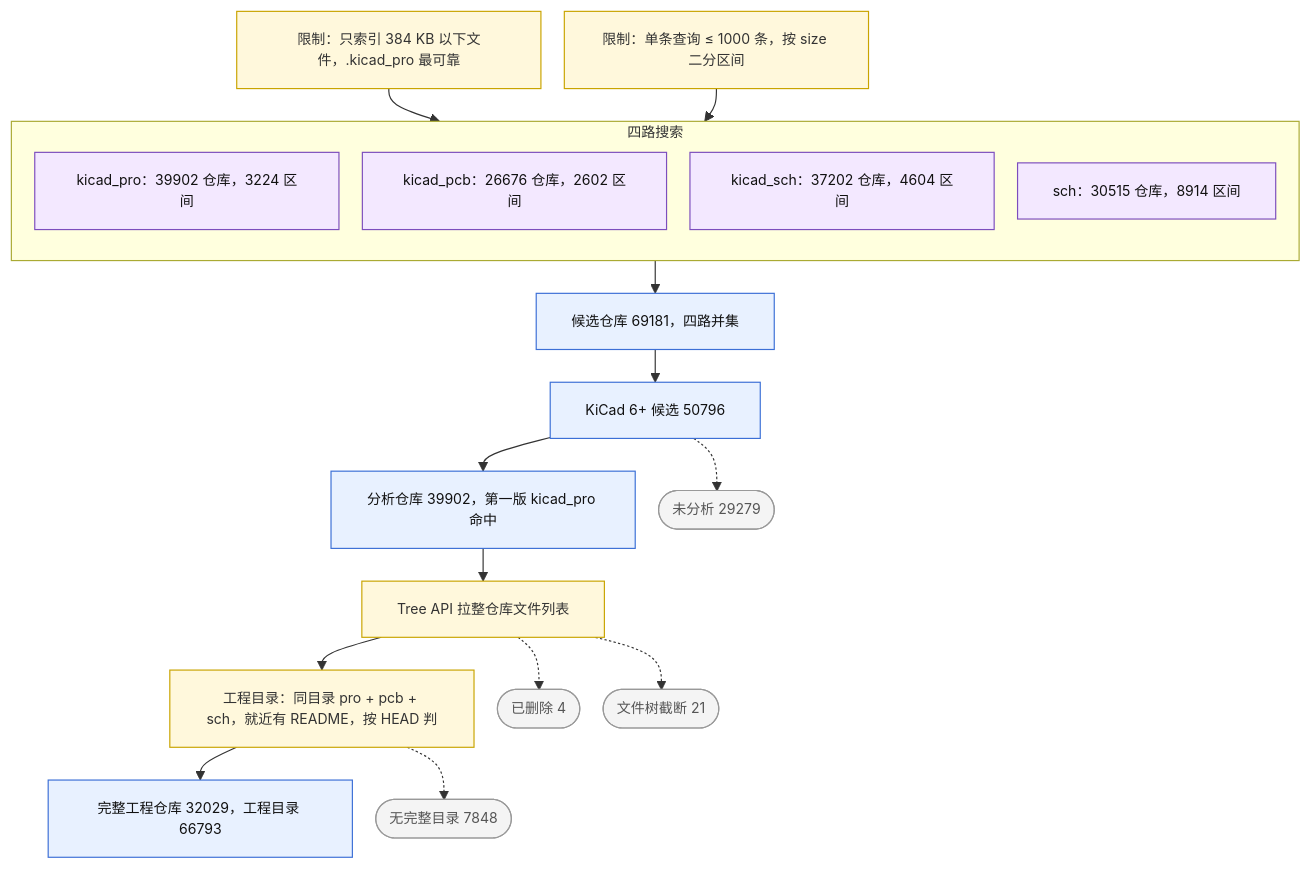
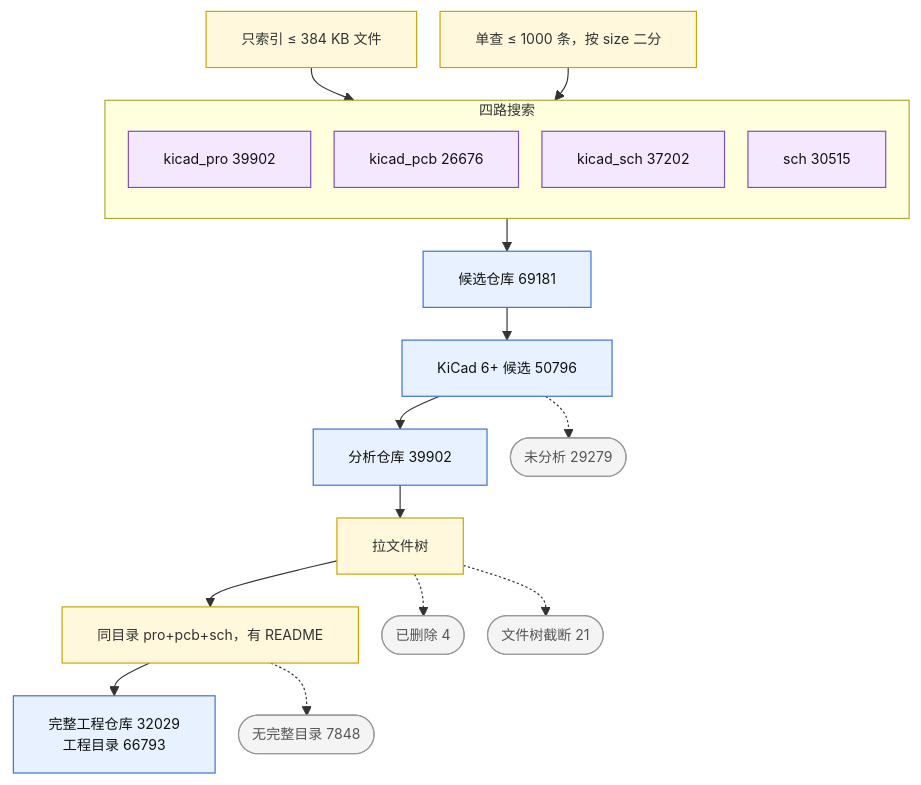
Before and after one commit to Xiafyjck/github_kicad_project_scout: the second of 5 diagrams in reports/progress_report.md, drawn with Mermaid. The commit also changed other lines of this file, not shown here.

Commit message:
reports: compress figure labels further

````diff
--- a/reports/progress_report.md
+++ b/reports/progress_report.md
@@ -137,31 +137,31 @@
 ```mermaid
 %%{init: {'themeVariables': {'fontSize': '12px'}, 'flowchart': {'nodeSpacing': 20, 'rankSpacing': 28}}}%%
 flowchart TB
     classDef exit fill:#f4f4f4,stroke:#999,color:#555
     classDef keep fill:#e8f1ff,stroke:#3b6fd6,color:#111
     classDef src fill:#f3e8ff,stroke:#7c4dbd,color:#111
     classDef rule fill:#fff8dc,stroke:#c9a400,color:#333
     classDef final fill:#e6f7e6,stroke:#2e8b57,color:#111
 
-    L1[限制：只索引 384 KB 以下文件，.kicad_pro 最可靠]:::rule
-    L2[限制：单条查询 ≤ 1000 条，按 size 二分区间]:::rule
+    L1[只索引 ≤ 384 KB 文件]:::rule
+    L2[单查 ≤ 1000 条，按 size 二分]:::rule
     subgraph S[四路搜索]
         direction TB
-        K1[kicad_pro：39902 仓库，3224 区间]:::src
-        K2[kicad_pcb：26676 仓库，2602 区间]:::src
-        K3[kicad_sch：37202 仓库，4604 区间]:::src
-        K4[sch：30515 仓库，8914 区间]:::src
+        K1[kicad_pro 39902]:::src
+        K2[kicad_pcb 26676]:::src
+        K3[kicad_sch 37202]:::src
+        K4[sch 30515]:::src
     end
     L1 --> S
     L2 --> S
-    S --> C[候选仓库 69181，四路并集]:::keep
+    S --> C[候选仓库 69181]:::keep
     C --> C6[KiCad 6+ 候选 50796]:::keep
-    C6 --> A[分析仓库 39902，第一版 kicad_pro 命中]:::keep
+    C6 --> A[分析仓库 39902]:::keep
     C6 -.-> CX([未分析 29279]):::exit
-    A --> T[Tree API 拉整仓库文件列表]:::rule
-    T --> R[工程目录：同目录 pro + pcb + sch，就近有 README，按 HEAD 判]:::rule
-    R --> Q[完整工程仓库 32029，工程目录 66793]:::keep
+    A --> T[拉文件树]:::rule
+    T --> R[同目录 pro+pcb+sch，有 README]:::rule
+    R --> Q[完整工程仓库 32029<br/>工程目录 66793]:::keep
     T -.-> AX1([已删除 4]):::exit
     T -.-> AX2([文件树截断 21]):::exit
     R -.-> AX3([无完整目录 7848]):::exit
 ```
````
